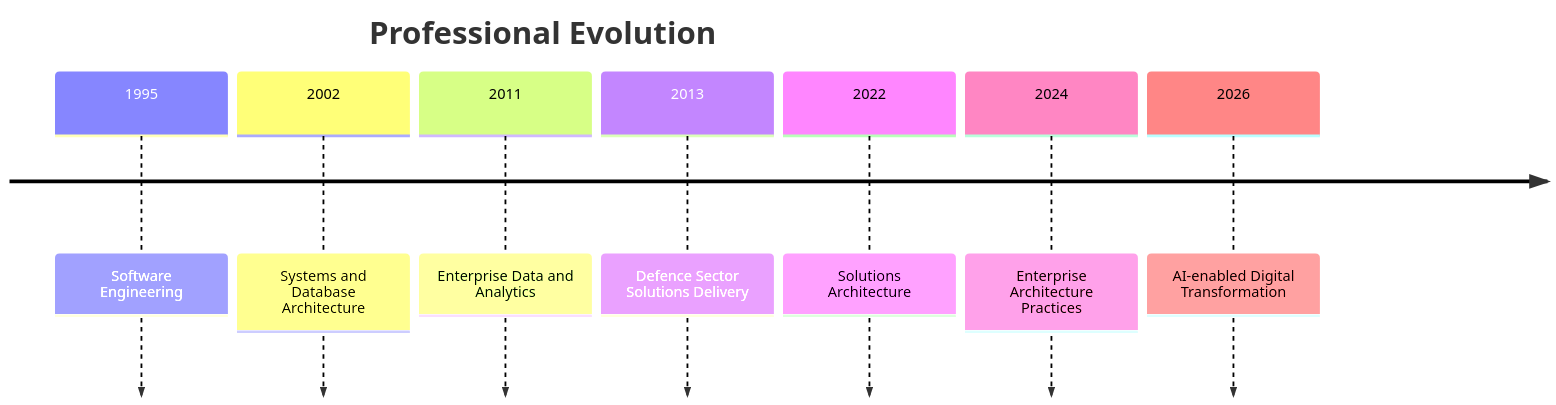
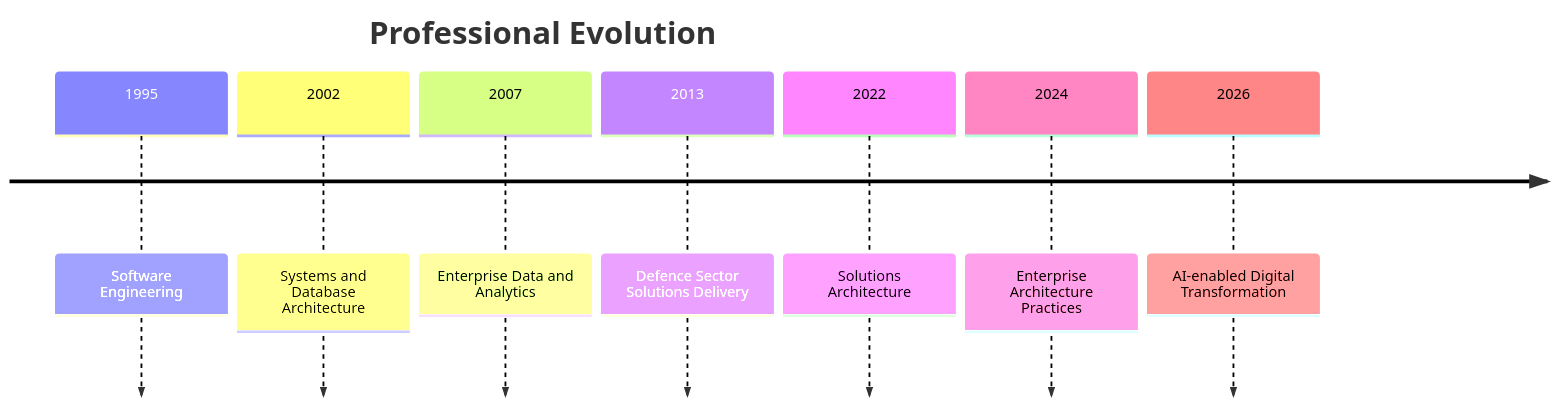
One commit to banban/banban changed the second of 14 diagrams in README.md. Above: the diagram before and after it, drawn with Mermaid. The commit also changed other lines of this file, not shown here.

First line of the commit message:
Refine README content and correct timeline entries

````diff
--- a/README.md
+++ b/README.md
@@ -49,11 +49,11 @@
 ```mermaid
 timeline
     title Professional Evolution
     1995 : Software Engineering
     2002 : Systems and Database Architecture
-    2011 : Enterprise Data and Analytics
+    2007 : Enterprise Data and Analytics
     2013 : Defence Sector Solutions Delivery
     2022 : Solutions Architecture
     2024 : Enterprise Architecture Practices
     2026 : AI-enabled Digital Transformation
 ```
````
